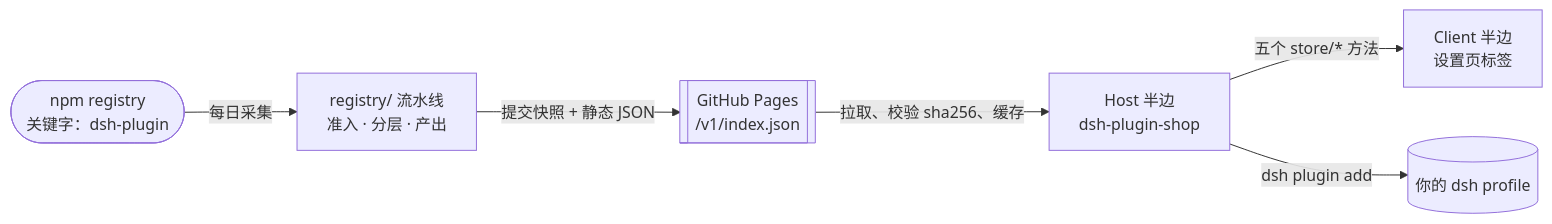
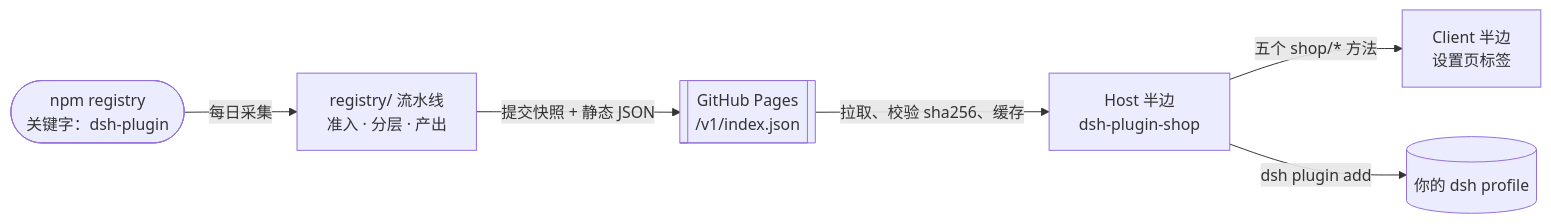
Before and after one commit to LivXue/dsh-plugin-shop: the diagram in README.zh.md, drawn with Mermaid. The commit also changed other lines of this file and 35 other files, not shown here.

````diff
--- a/README.zh.md
+++ b/README.zh.md
@@ -38,8 +38,8 @@
 ```mermaid
 flowchart LR
   npm(["npm registry<br/>关键字：dsh-plugin"]) -->|每日采集| build["registry/ 流水线<br/>准入 · 分层 · 产出"]
   build -->|提交快照 + 静态 JSON| pages[["GitHub Pages<br/>/v1/index.json"]]
   pages -->|拉取、校验 sha256、缓存| host["Host 半边<br/>dsh-plugin-shop"]
-  host -->|五个 store/* 方法| client["Client 半边<br/>设置页标签"]
+  host -->|五个 shop/* 方法| client["Client 半边<br/>设置页标签"]
   host -->|dsh plugin add| profile[("你的 dsh profile")]
 ```
````
